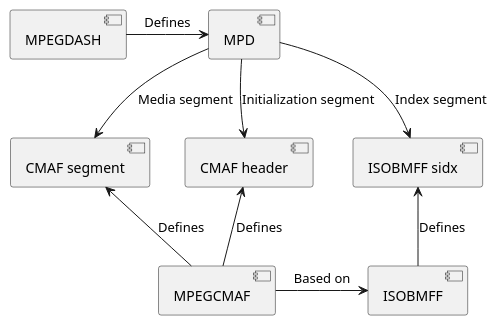
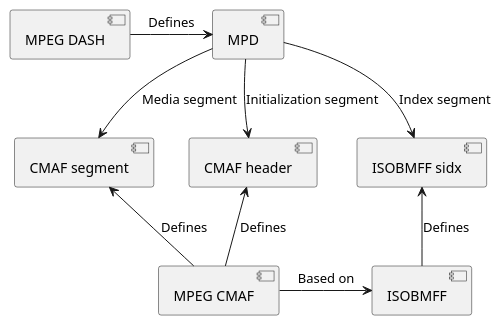
The diagram in Diagrams/DashStructure.wsd (Dash-Industry-Forum/DASH-IF-IOP), drawn with PlantUML before and after one commit.

Commit message:
fixing a diagram

```diff
--- a/Diagrams/DashStructure.wsd
+++ b/Diagrams/DashStructure.wsd
@@ -1,16 +1,16 @@
 @startuml
 
 [MPD]
 
-[MPD] <-left- [MPEGDASH] : Defines
+[MPD] <-left- [MPEG DASH] : Defines
 
 [MPD] --> [CMAF header] : Initialization segment
 [MPD] --> [CMAF segment] : Media segment
 [MPD] --> [ISOBMFF sidx] : Index segment
 
-[MPEGCMAF] -up-> [CMAF header] : Defines
-[MPEGCMAF] -up-> [CMAF segment] : Defines
+[MPEG CMAF] -up-> [CMAF header] : Defines
+[MPEG CMAF] -up-> [CMAF segment] : Defines
 [ISOBMFF] -up-> [ISOBMFF sidx] : Defines
-[MPEGCMAF] -> [ISOBMFF] : Based on
+[MPEG CMAF] -> [ISOBMFF] : Based on
 
 @enduml
```
